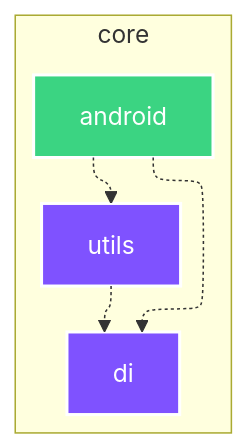
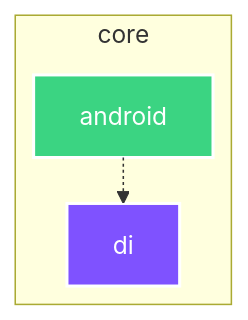
The diagram in core/android/README.md (SimonMarquis/Android-Playground), drawn with Mermaid before and after one commit. The commit also changed other lines of this file and 2 other files, not shown here.

Commit message:
⚙️ Re-run `graphUpdate`

````diff
--- a/core/android/README.md
+++ b/core/android/README.md
@@ -6,24 +6,21 @@
 ```mermaid
 ---
 config:
   layout: elk
   elk:
     nodePlacementStrategy: SIMPLE
 ---
 graph TB
   subgraph :core [core]
     direction TB
     :core:android[android]:::android-library
     :core:di[di]:::jvm
-    :core:utils[utils]:::jvm
   end
 
   :core:android -.-> :core:di
-  :core:android -.-> :core:utils
-  :core:utils -.-> :core:di
 
 classDef android-application fill:#2C4162,stroke:#fff,stroke-width:2px,color:#fff;
 classDef android-library fill:#3BD482,stroke:#fff,stroke-width:2px,color:#fff;
 classDef android-test fill:#3BD482,stroke:#fff,stroke-width:2px,color:#fff;
 classDef jvm fill:#7F52FF,stroke:#fff,stroke-width:2px,color:#fff;
 ```
````
